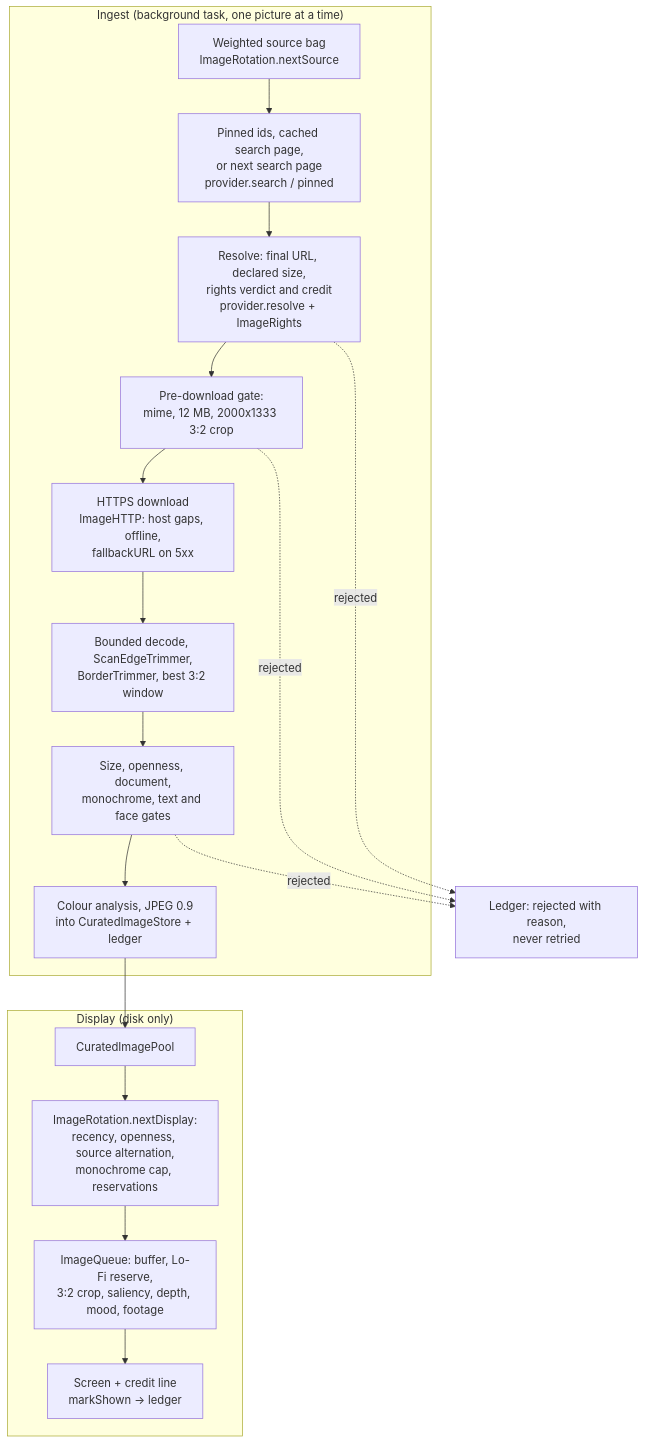
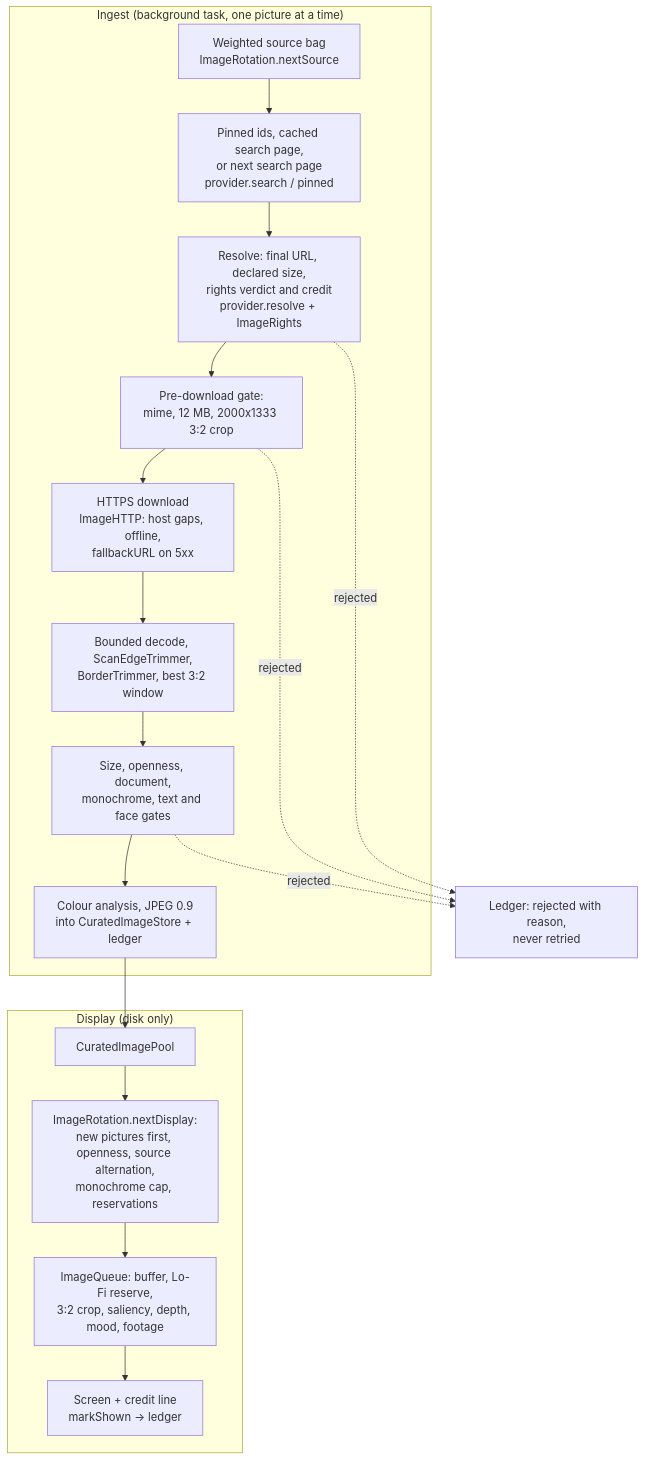
Before and after one commit to pj4533/Liminal: the diagram in docs/image-sources/README.md, drawn with Mermaid. The commit also changed other lines of this file and 15 other files, not shown here.

````diff
--- a/docs/image-sources/README.md
+++ b/docs/image-sources/README.md
@@ -44,21 +44,21 @@
 ```mermaid
 flowchart TD
     subgraph Ingest["Ingest (background task, one picture at a time)"]
         A[Weighted source bag<br/>ImageRotation.nextSource] --> B[Pinned ids, cached search page,<br/>or next search page<br/>provider.search / pinned]
         B --> C[Resolve: final URL, declared size,<br/>rights verdict and credit<br/>provider.resolve + ImageRights]
         C --> D[Pre-download gate:<br/>mime, 12 MB, 2000x1333 3:2 crop]
         D --> E[HTTPS download<br/>ImageHTTP: host gaps, offline,<br/>fallbackURL on 5xx]
         E --> F[Bounded decode, ScanEdgeTrimmer,<br/>BorderTrimmer, best 3:2 window]
         F --> G[Size, openness, document,<br/>monochrome, text and face gates]
         G --> H[Colour analysis, JPEG 0.9<br/>into CuratedImageStore + ledger]
     end
     subgraph Display["Display (disk only)"]
         H --> I[CuratedImagePool]
-        I --> J[ImageRotation.nextDisplay:<br/>recency, openness, source alternation,<br/>monochrome cap, reservations]
+        I --> J[ImageRotation.nextDisplay:<br/>new pictures first, openness, source alternation,<br/>monochrome cap, reservations]
         J --> K[ImageQueue: buffer, Lo-Fi reserve,<br/>3:2 crop, saliency, depth, mood, footage]
         K --> L[Screen + credit line<br/>markShown -> ledger]
     end
     C -. rejected .-> R[Ledger: rejected with reason,<br/>never retried]
     D -. rejected .-> R
     G -. rejected .-> R
 ```
````
